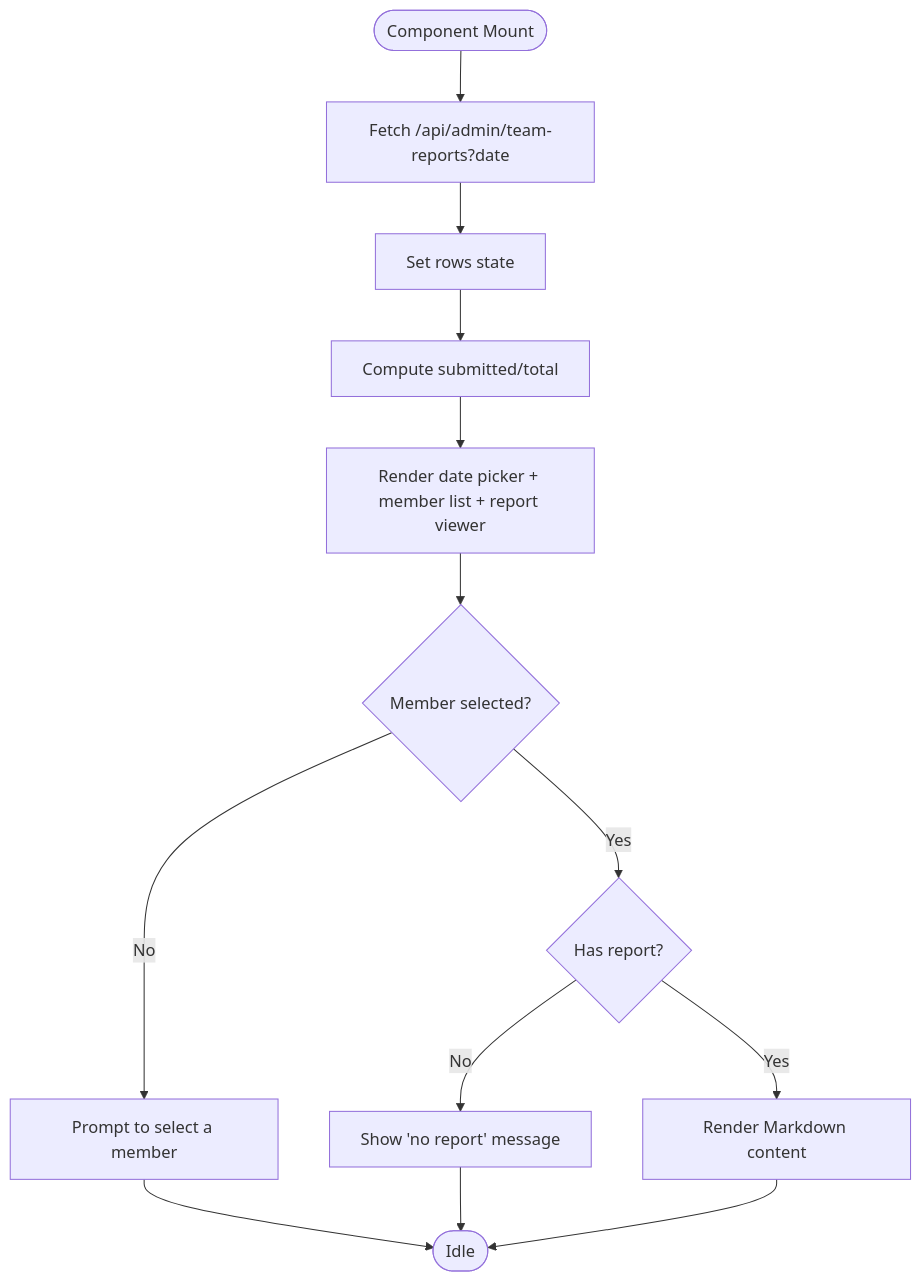
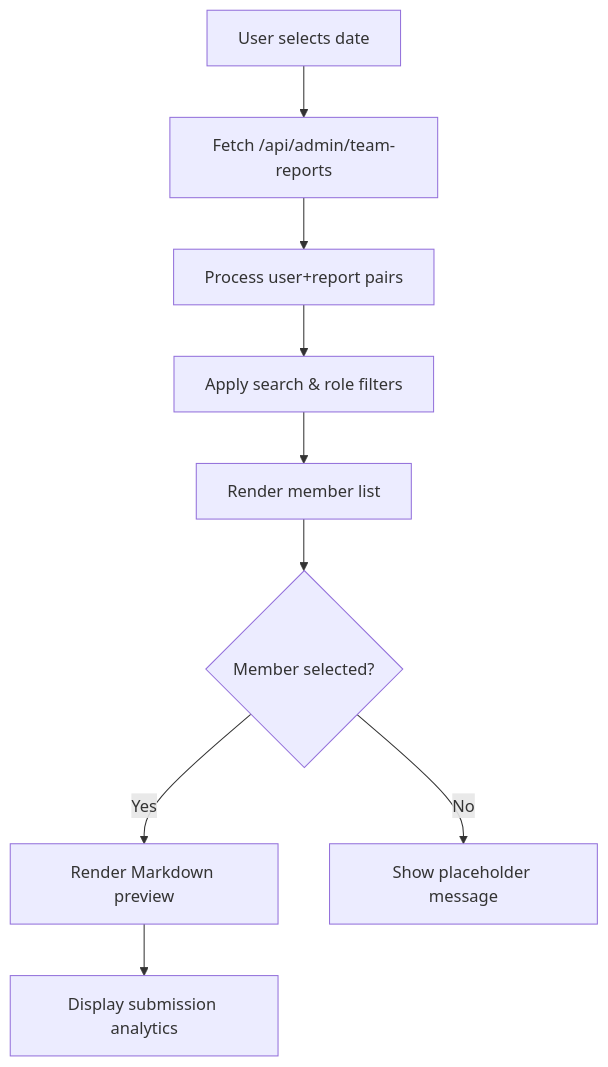
One commit to jrj444/git-daily changed the fourth of 8 diagrams in .qoder/repowiki/en/content/Admin Features/Team Report Monitoring.md. Above: the diagram before and after it, drawn with Mermaid. The commit also changed other lines of this file and 8 other files, not shown here.

````diff
--- a/.qoder/repowiki/en/content/Admin Features/Team Report Monitoring.md
+++ b/.qoder/repowiki/en/content/Admin Features/Team Report Monitoring.md
@@ -143,15 +247,11 @@
 ```mermaid
 flowchart TD
-Start(["Component Mount"]) --> Load["Fetch /api/admin/team-reports?date"]
-Load --> Rows["Set rows state"]
-Rows --> Stats["Compute submitted/total"]
-Stats --> UI["Render date picker + member list + report viewer"]
-UI --> SelectMember{"Member selected?"}
-SelectMember --> |No| Prompt["Prompt to select a member"]
-SelectMember --> |Yes| HasReport{"Has report?"}
-HasReport --> |No| NoReport["Show 'no report' message"]
-HasReport --> |Yes| RenderMD["Render Markdown content"]
-Prompt --> End(["Idle"])
-NoReport --> End
-RenderMD --> End
+DateChange["User selects date"] --> LoadData["Fetch /api/admin/team-reports"]
+LoadData --> ProcessData["Process user+report pairs"]
+ProcessData --> FilterMembers["Apply search & role filters"]
+FilterMembers --> RenderList["Render member list"]
+RenderList --> SelectMember{"Member selected?"}
+SelectMember --> |Yes| RenderReport["Render Markdown preview"]
+SelectMember --> |No| ShowPlaceholder["Show placeholder message"]
+RenderReport --> ShowAnalytics["Display submission analytics"]
 ```
````
